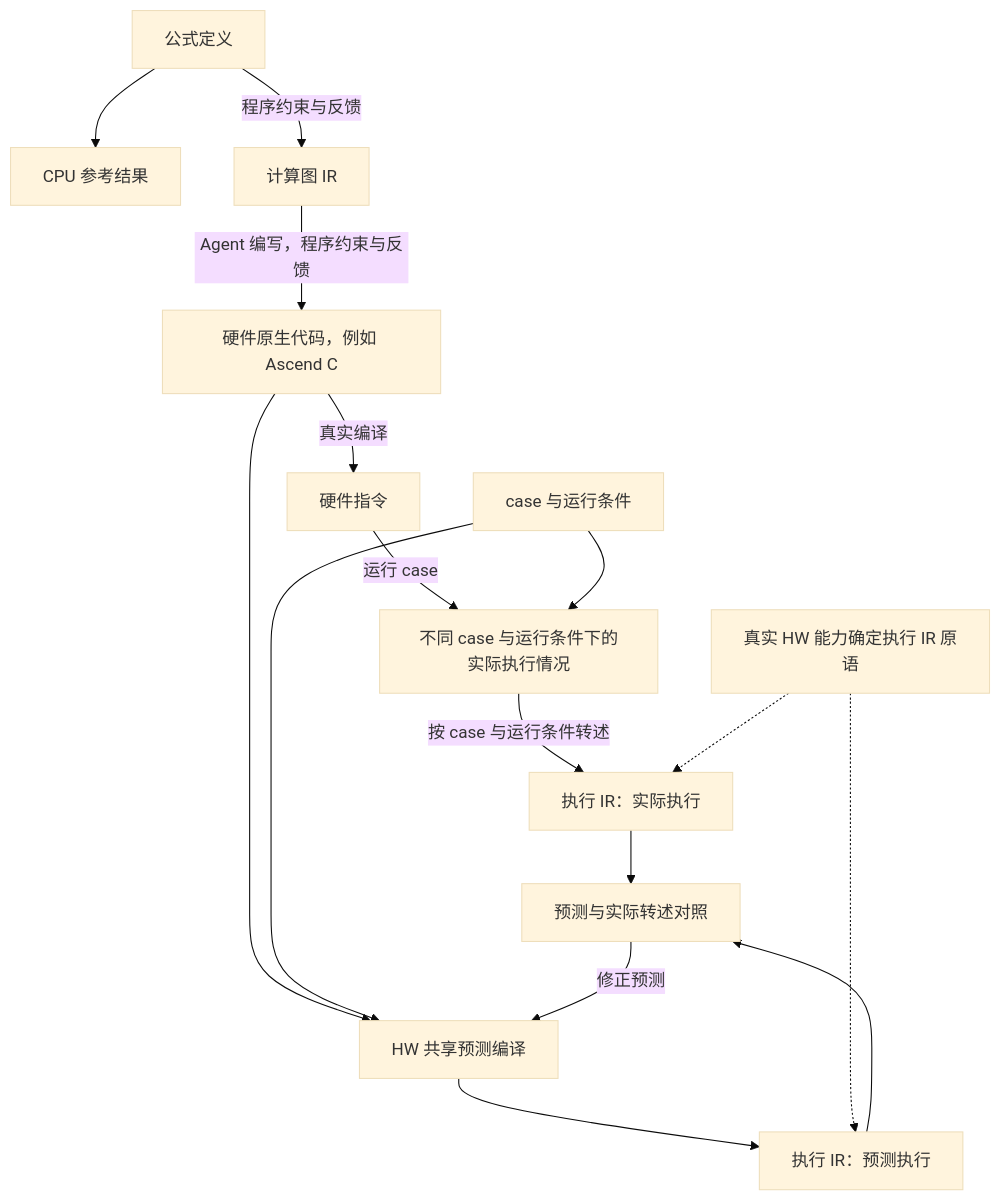
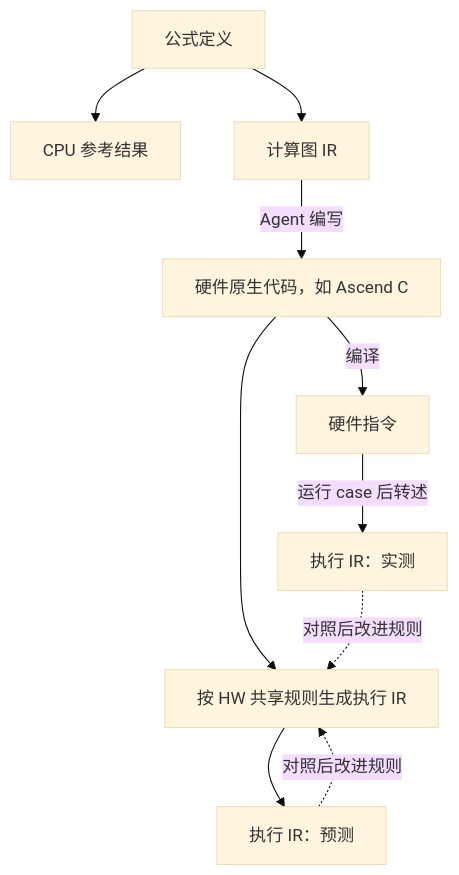
The second of 2 diagrams in docs/plans/2026-09-25-pluggable-kernel-design-step.md (KDZZZZZZ/meteor), drawn with Mermaid (base theme) before and after one commit. The commit also changed other lines of this file and 4 other files, not shown here.

Commit message:
docs: simplify execution IR generation and feedback diagram

````diff
--- a/docs/plans/2026-09-25-pluggable-kernel-design-step.md
+++ b/docs/plans/2026-09-25-pluggable-kernel-design-step.md
@@ -145,18 +144,12 @@
 ```mermaid
 flowchart TD
     F[公式定义] --> C[CPU 参考结果]
-    F -->|程序约束与反馈| G[计算图 IR]
-    G -->|Agent 编写，程序约束与反馈| SRC[硬件原生代码，例如 Ascend C]
-    SRC -->|真实编译| I[硬件指令]
-    I -->|运行 case| R[不同 case 与运行条件下的实际执行情况]
-    Q[case 与运行条件] --> R
-    R -->|按 case 与运行条件转述| O[执行 IR：实际执行]
-    SRC --> P[HW 共享预测编译]
-    Q --> P
-    P --> E[执行 IR：预测执行]
-    HW[真实 HW 能力确定执行 IR 原语] -.-> O
-    HW -.-> E
-    O --> X[预测与实际转述对照]
-    E --> X
-    X -->|修正预测| P
+    F --> G[计算图 IR]
+    G -->|Agent 编写| SRC[硬件原生代码，如 Ascend C]
+    SRC --> GEN[按 HW 共享规则生成执行 IR]
+    GEN --> P[执行 IR：预测]
+    SRC -->|编译| I[硬件指令]
+    I -->|运行 case 后转述| O[执行 IR：实测]
+    P -.->|对照后改进规则| GEN
+    O -.->|对照后改进规则| GEN
 ```
````
